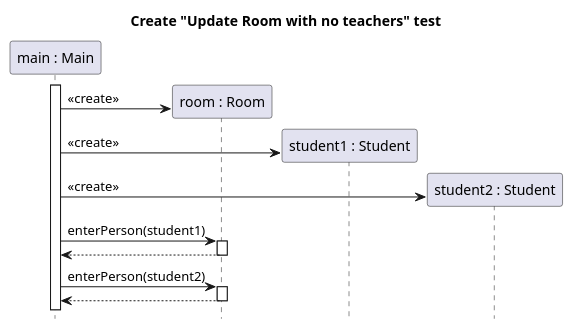
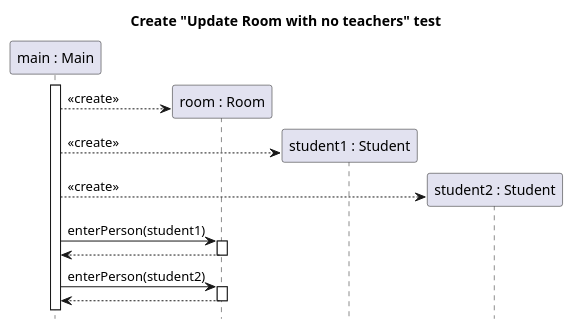
Before and after one commit to sn4k3ch4rm3r/logarlec: the diagram in docs/diagrams/test-create-sequence/room_update_no_teachers_create.puml, drawn with PlantUML. The commit also changed 9 other files, not shown here.

Commit message:
Modified sequence diagrams

```diff
--- a/docs/diagrams/test-create-sequence/room_update_no_teachers_create.puml
+++ b/docs/diagrams/test-create-sequence/room_update_no_teachers_create.puml
@@ -1,21 +1,21 @@
 @startuml room-update-no-teachers-create
 title Create "Update Room with no teachers" test
 hide footbox
 participant "main : Main" as main
 participant "room : Room" as room
 participant "student1 : Student" as stu1
 participant "student2 : Student" as stu2
 
 main++
 create room
-main -> room : <<create>>
+main --> room : <<create>>
 create stu1
-main -> stu1 : <<create>>
+main --> stu1 : <<create>>
 create stu2
-main -> stu2 : <<create>>
+main --> stu2 : <<create>>
 main -> room ++: enterPerson(student1)
 return
 main -> room ++: enterPerson(student2)
 return
 
 @enduml
```
